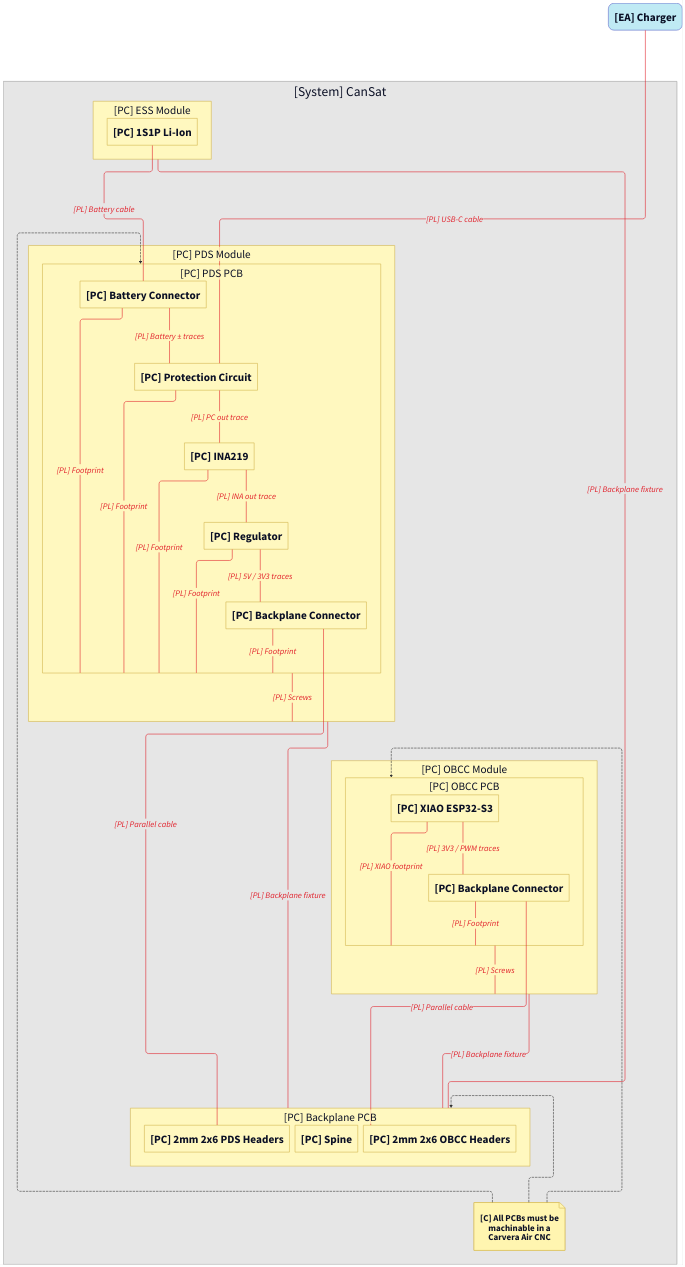
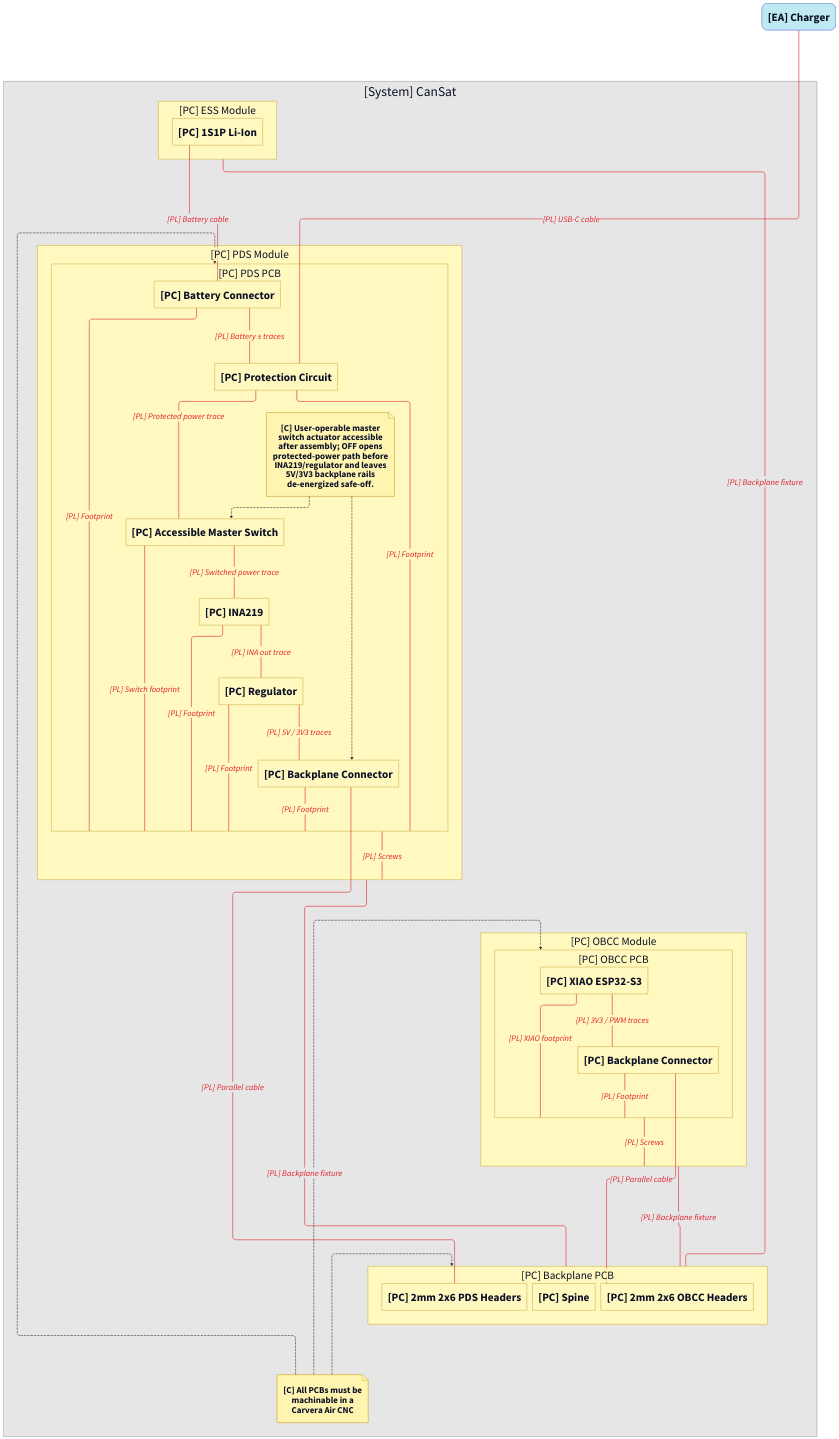
The diagram in PDS&ESS/MBSE/v1.0/PDS_v1.0_view1_physical.d2 (DeltaLabo/CanSatWorkshop), drawn with D2 before and after one commit. The commit also changed 340 other files, not shown here.

```diff
--- a/PDS&ESS/MBSE/v1.0/PDS_v1.0_view1_physical.d2
+++ b/PDS&ESS/MBSE/v1.0/PDS_v1.0_view1_physical.d2
@@ -1,141 +1,150 @@
 vars: {
   d2-config: {
     layout-engine: elk
   }
 }
 
 # Physical view
 # Prefer a taller aspect ratio so the module stack and backplane connections stay legible.
 direction: down
 
 classes: {
   func: {
     shape: rectangle
     style: { fill: "#BDFB9B"; stroke: "#166534"; stroke-width: 2; font-size: 36 }
   }
   lc: {
     style: {
       fill: "#A9C7E6"; stroke: "#5B65C9"; stroke-width: 2
       border-radius: 20; font-size: 40
     }
   }
   pc: {
     style: { fill: "#FFF8BF"; stroke: "#D1B24A"; stroke-width: 2; font-size: 40 }
   }
   sys: {
     style: { fill: "#E6E6E6"; stroke: "#9A9A9A"; stroke-width: 2; font-size: 48 }
   }
   ea: {
     shape: rectangle
     style: {
       fill: "#BFEAF4"; stroke: "#5B65C9"; stroke-width: 2
       border-radius: 20; font-size: 40
     }
   }
   note: { style: { fill: "#FFF5B0"; stroke: "#D1B24A"; font-size: 32 } }
   chain: {
     style: {
       fill: "#FFFFFF"; stroke: "#D1B24A"; stroke-width: 2
       border-radius: 20; font-size: 36
     }
   }
   fe:   { style: { stroke: "#1F7A4D"; font-color: "#1F7A4D"; stroke-width: 2; font-size: 30 } }
   ce:   { style: { stroke: "#5B65C9"; font-color: "#5B65C9"; stroke-width: 2; font-size: 30 } }
   pl:   { style: { stroke: "#E11D28"; font-color: "#E11D28"; stroke-width: 2; font-size: 30 } }
   cstr: { style: { stroke: "#333333"; stroke-dash: 3; font-size: 26 } }
 }
 
 charger: "[EA] Charger" {
   class: ea
 }
 
 system: "[System] CanSat" {
   class: sys
   direction: down
 
   ess_module: "[PC] ESS Module" {
     class: pc
     direction: down
     battery_pack: "[PC] 1S1P Li-Ion" { class: pc }
   }
 
   pds_module: "[PC] PDS Module" {
     class: pc
     direction: down
 
     pds_pcb: "[PC] PDS PCB" {
       class: pc
       direction: right
 
       battery_connector: "[PC] Battery Connector" { class: pc }
       protection: "[PC] Protection Circuit" { class: pc }
+      master_switch: "[PC] Accessible Master Switch" { class: pc }
       ina219: "[PC] INA219" { class: pc }
       regulator: "[PC] Regulator" { class: pc }
       pds_backplane_connector: "[PC] Backplane Connector" { class: pc }
+      master_switch_note: "[C] User-operable master\nswitch actuator accessible\nafter assembly; OFF opens\nprotected-power path before\nINA219/regulator and leaves\n5V/3V3 backplane rails\nde-energized safe-off." {
+        class: note
+        shape: page
+      }
     }
   }
 
   obcc_module: "[PC] OBCC Module" {
     class: pc
     direction: down
 
     obcc_pcb: "[PC] OBCC PCB" {
       class: pc
       direction: right
 
       xiao: "[PC] XIAO ESP32-S3" { class: pc }
       obcc_backplane_connector: "[PC] Backplane Connector" { class: pc }
     }
   }
 
   backplane_pcb: "[PC] Backplane PCB" {
     class: pc
     direction: down
 
     pds_headers: "[PC] 2mm 2x6 PDS Headers" { class: pc }
     spine: "[PC] Spine" { class: pc }
     obcc_headers: "[PC] 2mm 2x6 OBCC Headers" { class: pc }
   }
 
   pcb_cnc_note: "[C] All PCBs must be\nmachinable in a\nCarvera Air CNC" {
     class: note
     shape: page
   }
 }
 
 charger -- system.pds_module.pds_pcb.protection: "[PL] USB-C cable" { class: pl }
 system.ess_module.battery_pack -- system.pds_module.pds_pcb.battery_connector: "[PL] Battery cable" { class: pl }
 
 system.ess_module -- system.backplane_pcb: "[PL] Backplane fixture" { class: pl }
 system.pds_module -- system.backplane_pcb: "[PL] Backplane fixture" { class: pl }
 system.obcc_module -- system.backplane_pcb: "[PL] Backplane fixture" { class: pl }
 
 system.pds_module.pds_pcb.protection -- system.pds_module.pds_pcb: "[PL] Footprint" { class: pl }
+system.pds_module.pds_pcb.master_switch -- system.pds_module.pds_pcb: "[PL] Switch footprint" { class: pl }
 system.pds_module.pds_pcb.ina219 -- system.pds_module.pds_pcb: "[PL] Footprint" { class: pl }
 system.pds_module.pds_pcb.regulator -- system.pds_module.pds_pcb: "[PL] Footprint" { class: pl }
 system.pds_module.pds_pcb.battery_connector -- system.pds_module.pds_pcb: "[PL] Footprint" { class: pl }
 system.pds_module.pds_pcb.pds_backplane_connector -- system.pds_module.pds_pcb: "[PL] Footprint" { class: pl }
 system.obcc_module.obcc_pcb.xiao -- system.obcc_module.obcc_pcb: "[PL] XIAO footprint" { class: pl }
 system.obcc_module.obcc_pcb.obcc_backplane_connector -- system.obcc_module.obcc_pcb: "[PL] Footprint" { class: pl }
 
 system.pds_module.pds_pcb -- system.pds_module: "[PL] Screws" { class: pl }
 system.obcc_module.obcc_pcb -- system.obcc_module: "[PL] Screws" { class: pl }
 
 system.pds_module.pds_pcb.battery_connector -- system.pds_module.pds_pcb.protection: "[PL] Battery ± traces" { class: pl }
-system.pds_module.pds_pcb.protection -- system.pds_module.pds_pcb.ina219: "[PL] PC out trace" { class: pl }
+system.pds_module.pds_pcb.protection -- system.pds_module.pds_pcb.master_switch: "[PL] Protected power trace" { class: pl }
+system.pds_module.pds_pcb.master_switch -- system.pds_module.pds_pcb.ina219: "[PL] Switched power trace" { class: pl }
 system.pds_module.pds_pcb.ina219 -- system.pds_module.pds_pcb.regulator: "[PL] INA out trace" { class: pl }
 system.pds_module.pds_pcb.regulator -- system.pds_module.pds_pcb.pds_backplane_connector: "[PL] 5V / 3V3 traces" { class: pl }
 system.obcc_module.obcc_pcb.xiao -- system.obcc_module.obcc_pcb.obcc_backplane_connector: "[PL] 3V3 / PWM traces" { class: pl }
 
 system.pds_module.pds_pcb.pds_backplane_connector -- system.backplane_pcb.pds_headers: "[PL] Parallel cable" { class: pl }
 system.obcc_module.obcc_pcb.obcc_backplane_connector -- system.backplane_pcb.obcc_headers: "[PL] Parallel cable" { class: pl }
 
+system.pds_module.pds_pcb.master_switch_note -> system.pds_module.pds_pcb.master_switch { class: cstr }
+system.pds_module.pds_pcb.master_switch_note -> system.pds_module.pds_pcb.pds_backplane_connector { class: cstr }
 system.pcb_cnc_note -> system.pds_module.pds_pcb { class: cstr }
 system.pcb_cnc_note -> system.obcc_module.obcc_pcb { class: cstr }
 system.pcb_cnc_note -> system.backplane_pcb { class: cstr }
 
 # Layout-only edges to stack the module assemblies vertically.
 system.ess_module -> system.pds_module { style: { opacity: 0 } }
 system.pds_module -> system.obcc_module { style: { opacity: 0 } }
 system.obcc_module -> system.backplane_pcb { style: { opacity: 0 } }
 system.backplane_pcb -> system.pcb_cnc_note { style: { opacity: 0 } }
```
